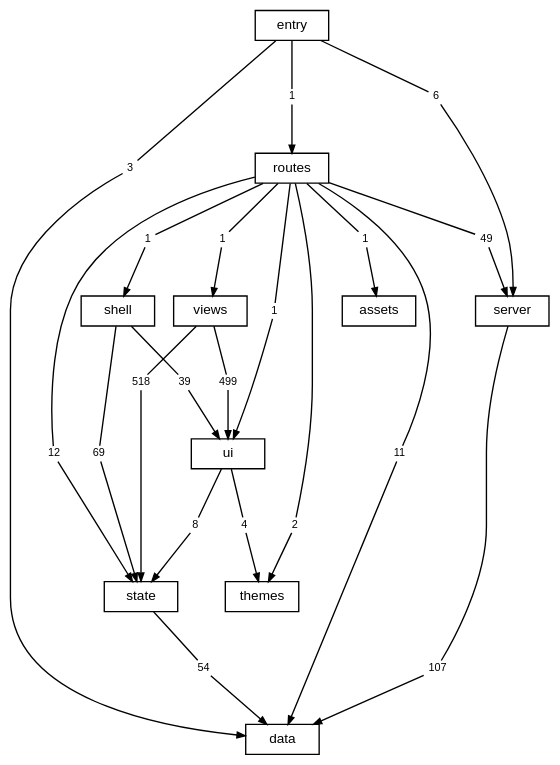
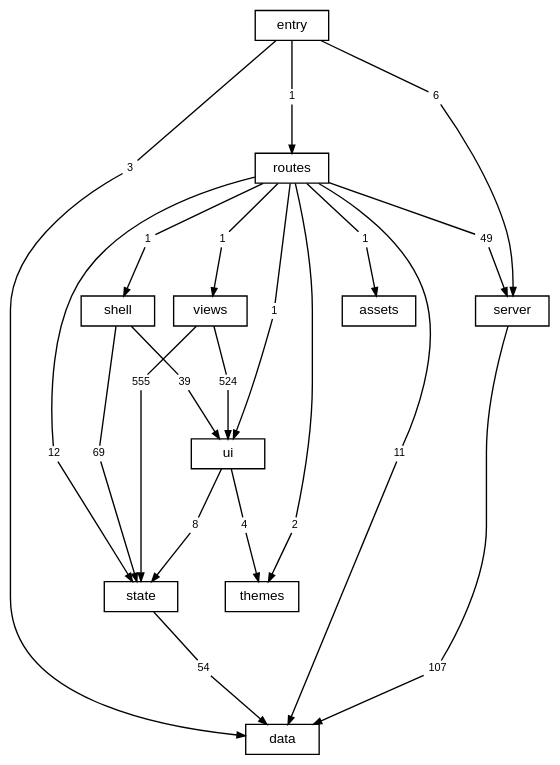
Before and after one commit to TheAxeC/oculus: the diagram in docs/diagrams/layers.dot, drawn with Graphviz. The commit also changed 156 other files, not shown here.

```diff
--- a/docs/diagrams/layers.dot
+++ b/docs/diagrams/layers.dot
@@ -1,72 +1,72 @@
 digraph layers {
     graph [bgcolor="transparent", rankdir=TB, newrank=true, fontname="Helvetica,Arial,sans-serif", fontsize=12, nodesep=0.2, ranksep=0.5];
     node [shape=box, color="black", fontcolor="black", fontname="Helvetica,Arial,sans-serif", fontsize=10, height=0.3, margin="0.12,0.04"];
     edge [color="black", fontcolor="black", fontname="Helvetica,Arial,sans-serif", fontsize=8, arrowsize=0.6];
     "data";
     "server";
     "state";
     "ui";
     "shell";
     "views";
     "themes";
     "routes";
     "src" [label="entry"];
     "files: assets" [label="assets"];
     "routes to data" [label="11", shape=box, color="transparent", fontsize=8, width=0, height=0, margin="0.04,0.02"];
     "routes" -> "routes to data" [arrowhead=none];
     "routes to data" -> "data" [];
     "routes to files: assets" [label="1", shape=box, color="transparent", fontsize=8, width=0, height=0, margin="0.04,0.02"];
     "routes" -> "routes to files: assets" [arrowhead=none];
     "routes to files: assets" -> "files: assets" [];
     "routes to server" [label="49", shape=box, color="transparent", fontsize=8, width=0, height=0, margin="0.04,0.02"];
     "routes" -> "routes to server" [arrowhead=none];
     "routes to server" -> "server" [];
     "routes to shell" [label="1", shape=box, color="transparent", fontsize=8, width=0, height=0, margin="0.04,0.02"];
     "routes" -> "routes to shell" [arrowhead=none];
     "routes to shell" -> "shell" [];
     "routes to state" [label="12", shape=box, color="transparent", fontsize=8, width=0, height=0, margin="0.04,0.02"];
     "routes" -> "routes to state" [arrowhead=none];
     "routes to state" -> "state" [];
     "routes to themes" [label="2", shape=box, color="transparent", fontsize=8, width=0, height=0, margin="0.04,0.02"];
     "routes" -> "routes to themes" [arrowhead=none];
     "routes to themes" -> "themes" [];
     "routes to ui" [label="1", shape=box, color="transparent", fontsize=8, width=0, height=0, margin="0.04,0.02"];
     "routes" -> "routes to ui" [arrowhead=none];
     "routes to ui" -> "ui" [];
     "routes to views" [label="1", shape=box, color="transparent", fontsize=8, width=0, height=0, margin="0.04,0.02"];
     "routes" -> "routes to views" [arrowhead=none];
     "routes to views" -> "views" [];
     "server to data" [label="107", shape=box, color="transparent", fontsize=8, width=0, height=0, margin="0.04,0.02"];
     "server" -> "server to data" [arrowhead=none];
     "server to data" -> "data" [];
     "shell to state" [label="69", shape=box, color="transparent", fontsize=8, width=0, height=0, margin="0.04,0.02"];
     "shell" -> "shell to state" [arrowhead=none];
     "shell to state" -> "state" [];
     "shell to ui" [label="39", shape=box, color="transparent", fontsize=8, width=0, height=0, margin="0.04,0.02"];
     "shell" -> "shell to ui" [arrowhead=none];
     "shell to ui" -> "ui" [];
     "src to data" [label="3", shape=box, color="transparent", fontsize=8, width=0, height=0, margin="0.04,0.02"];
     "src" -> "src to data" [arrowhead=none];
     "src to data" -> "data" [];
     "src to routes" [label="1", shape=box, color="transparent", fontsize=8, width=0, height=0, margin="0.04,0.02"];
     "src" -> "src to routes" [arrowhead=none];
     "src to routes" -> "routes" [];
     "src to server" [label="6", shape=box, color="transparent", fontsize=8, width=0, height=0, margin="0.04,0.02"];
     "src" -> "src to server" [arrowhead=none];
     "src to server" -> "server" [];
     "state to data" [label="54", shape=box, color="transparent", fontsize=8, width=0, height=0, margin="0.04,0.02"];
     "state" -> "state to data" [arrowhead=none];
     "state to data" -> "data" [];
     "ui to state" [label="8", shape=box, color="transparent", fontsize=8, width=0, height=0, margin="0.04,0.02"];
     "ui" -> "ui to state" [arrowhead=none];
     "ui to state" -> "state" [];
     "ui to themes" [label="4", shape=box, color="transparent", fontsize=8, width=0, height=0, margin="0.04,0.02"];
     "ui" -> "ui to themes" [arrowhead=none];
     "ui to themes" -> "themes" [];
-    "views to state" [label="518", shape=box, color="transparent", fontsize=8, width=0, height=0, margin="0.04,0.02"];
+    "views to state" [label="555", shape=box, color="transparent", fontsize=8, width=0, height=0, margin="0.04,0.02"];
     "views" -> "views to state" [arrowhead=none];
     "views to state" -> "state" [];
-    "views to ui" [label="499", shape=box, color="transparent", fontsize=8, width=0, height=0, margin="0.04,0.02"];
+    "views to ui" [label="524", shape=box, color="transparent", fontsize=8, width=0, height=0, margin="0.04,0.02"];
     "views" -> "views to ui" [arrowhead=none];
     "views to ui" -> "ui" [];
 }
```
